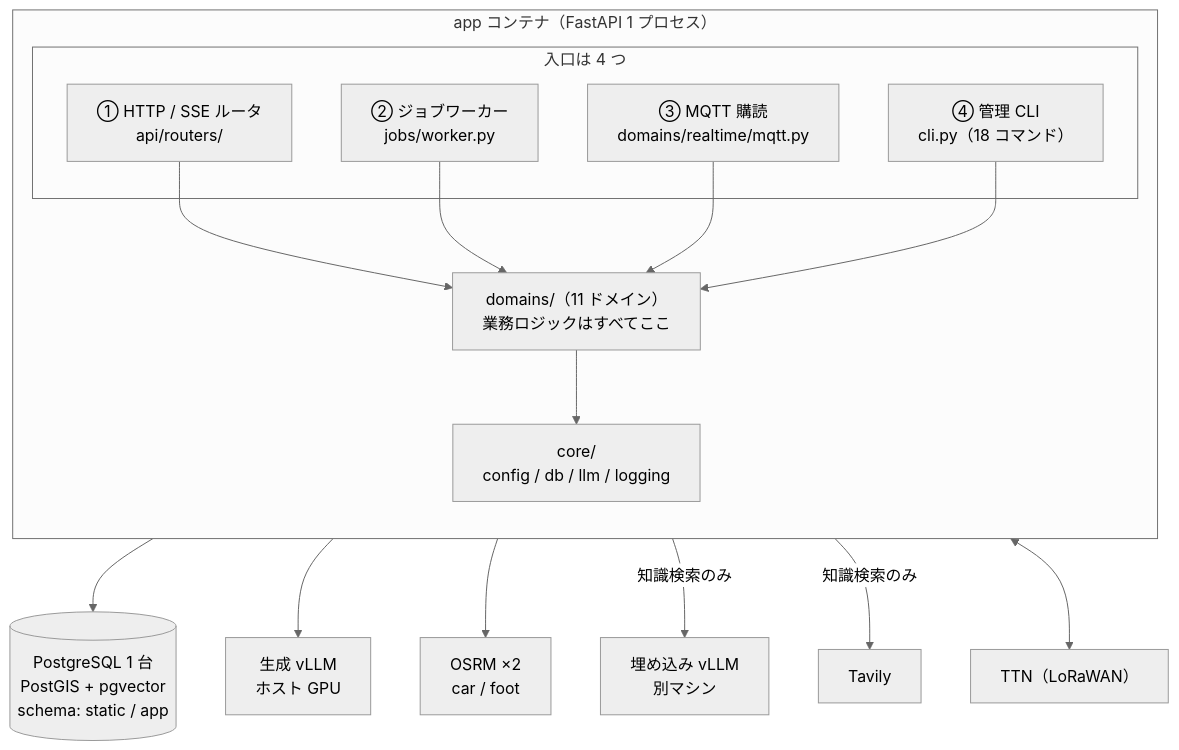
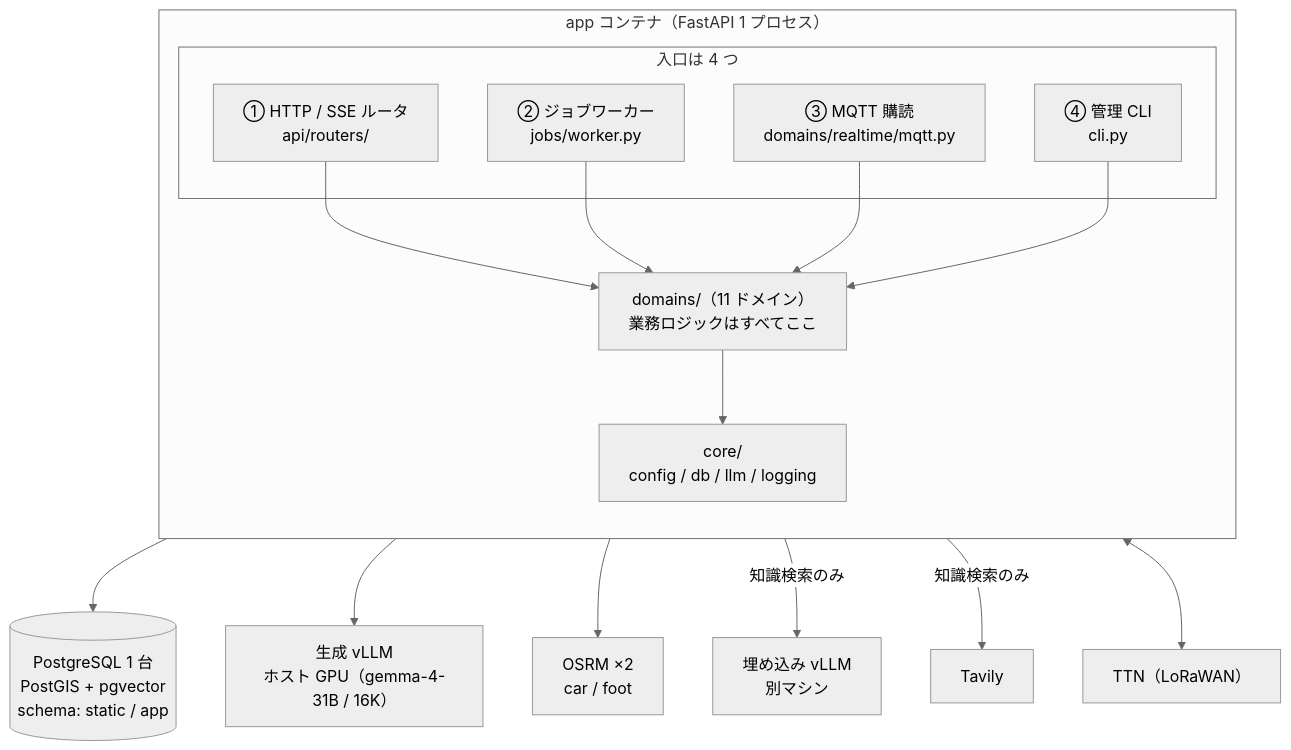
Before and after one commit to TakaJun02/Cairn: the first of 3 diagrams in Docs/24_architecture_as_built.md, drawn with Mermaid (neutral theme). The commit also changed other lines of this file and 5 other files, not shown here.

First line of the commit message:
docs: 24_architecture_as_built を ReAct 構成で再執筆し、残存問題を 25_known_issues に集約

````diff
--- a/Docs/24_architecture_as_built.md
+++ b/Docs/24_architecture_as_built.md
@@ -16,33 +18,33 @@
 ```mermaid
 graph TB
   subgraph APP["app コンテナ（FastAPI 1 プロセス）"]
     direction TB
     subgraph ENTRY["入口は 4 つ"]
       R["① HTTP / SSE ルータ<br/>api/routers/"]
       W["② ジョブワーカー<br/>jobs/worker.py"]
       M["③ MQTT 購読<br/>domains/realtime/mqtt.py"]
-      C["④ 管理 CLI<br/>cli.py（18 コマンド）"]
+      C["④ 管理 CLI<br/>cli.py"]
     end
     D["domains/（11 ドメイン）<br/>業務ロジックはすべてここ"]
     CO["core/<br/>config / db / llm / logging"]
     R --> D
     W --> D
     M --> D
     C --> D
     D --> CO
   end
 
   DB[("PostgreSQL 1 台<br/>PostGIS + pgvector<br/>schema: static / app")]
-  VL["生成 vLLM<br/>ホスト GPU"]
+  VL["生成 vLLM<br/>ホスト GPU（gemma-4-31B / 16K）"]
   EM["埋め込み vLLM<br/>別マシン"]
   OS["OSRM ×2<br/>car / foot"]
   TA["Tavily"]
   TTN["TTN（LoRaWAN）"]
 
   CO --> DB
   CO --> VL
   D --> OS
   D -->|"知識検索のみ"| EM
   D -->|"知識検索のみ"| TA
   M <--> TTN
 ```
````
